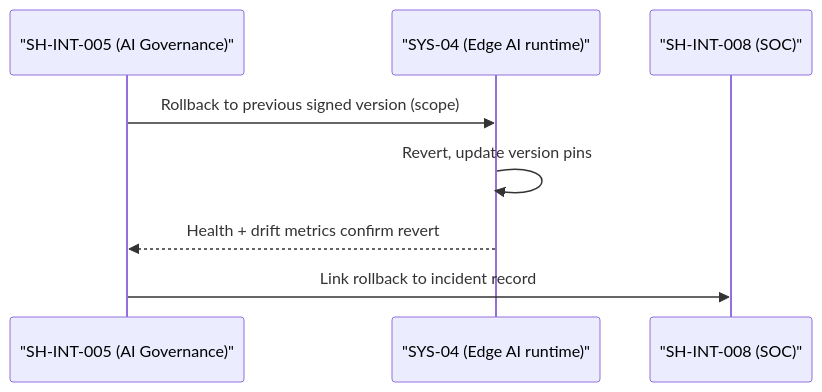
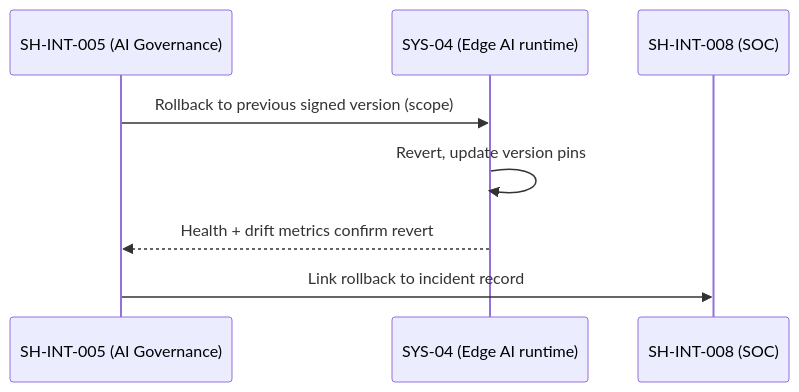
One commit to pauloribeiro16/Methodology_compact changed diagram 17 of 21 in 02_CASES/Case_02_SecureBorder_Solutions/03_PHASE3_DECOMPOSITION/annexes/B_Sequence_Diagrams.md. Above: the diagram before and after it, drawn with Mermaid. The commit also changed other lines of this file and 5 other files, not shown here.

Commit message:
[EXECUTOR] uc-catalogues: embed UC diagram gallery + inline sequence diagrams — Case_01/02/03

````diff
--- a/02_CASES/Case_02_SecureBorder_Solutions/03_PHASE3_DECOMPOSITION/annexes/B_Sequence_Diagrams.md
+++ b/02_CASES/Case_02_SecureBorder_Solutions/03_PHASE3_DECOMPOSITION/annexes/B_Sequence_Diagrams.md
@@ -222,10 +232,10 @@
 ```mermaid
 sequenceDiagram
-    participant AIG as "SH-INT-005 (AI Governance)"
-    participant KIOSK as "SYS-04 (Edge AI runtime)"
-    participant SOC as "SH-INT-008 (SOC)"
+    participant AIG as SH-INT-005 (AI Governance)
+    participant KIOSK as SYS-04 (Edge AI runtime)
+    participant SOC as SH-INT-008 (SOC)
     AIG->>KIOSK: Rollback to previous signed version (scope)
     KIOSK->>KIOSK: Revert, update version pins
     KIOSK-->>AIG: Health + drift metrics confirm revert
     AIG->>SOC: Link rollback to incident record
 ```
````
